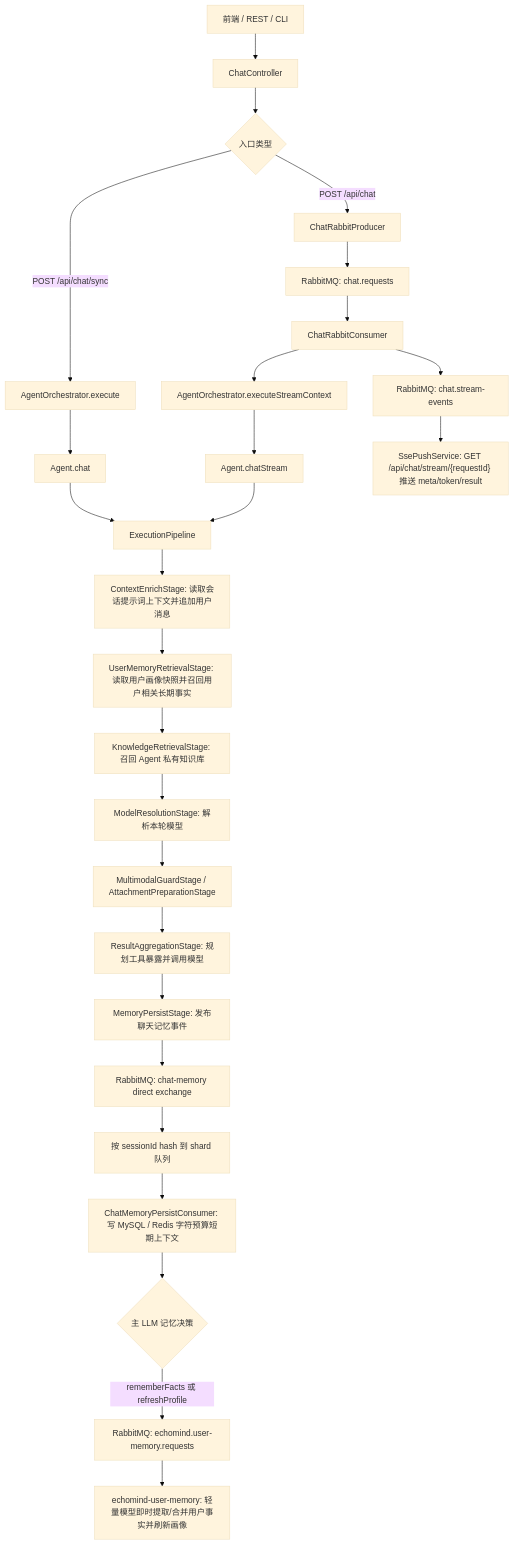
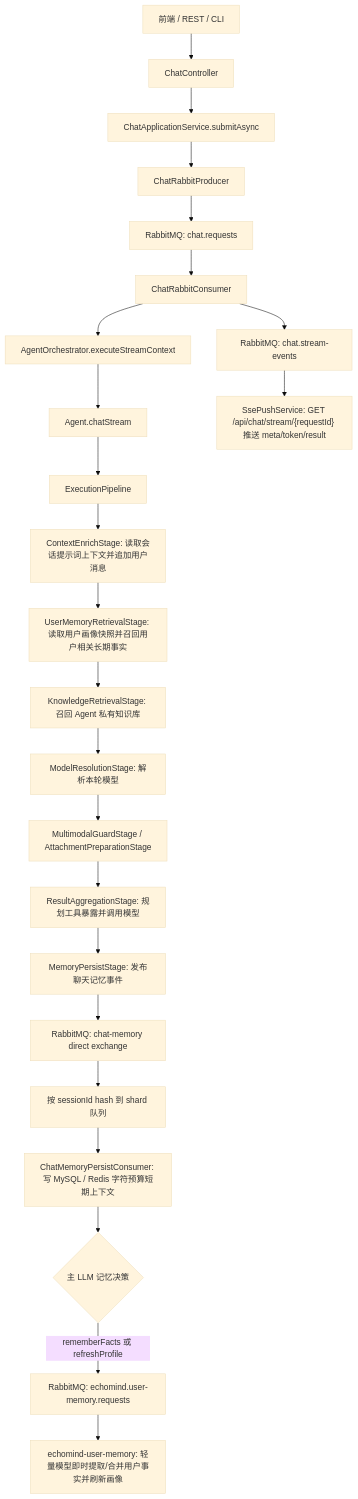
One commit to kaiyue-ai/EchoMind changed the third of 5 diagrams in README.md. Above: the diagram before and after it, drawn with Mermaid (base theme). The commit also changed other lines of this file and 19 other files, not shown here.

````diff
--- a/README.md
+++ b/README.md
@@ -167,29 +167,26 @@
 ```mermaid
 flowchart TD
     A["前端 / REST / CLI"] --> B["ChatController"]
-    B --> C{"入口类型"}
-    C -->|"POST /api/chat/sync"| D["AgentOrchestrator.execute"]
-    C -->|"POST /api/chat"| E["ChatRabbitProducer"]
-    E --> F["RabbitMQ: chat.requests"]
+    B --> E["ChatApplicationService.submitAsync"]
+    E --> F0["ChatRabbitProducer"]
+    F0 --> F["RabbitMQ: chat.requests"]
     F --> G["ChatRabbitConsumer"]
     G --> H["AgentOrchestrator.executeStreamContext"]
-    D --> I["Agent.chat"]
     H --> J["Agent.chatStream"]
-    I --> K["ExecutionPipeline"]
-    J --> K
+    J --> K["ExecutionPipeline"]
     K --> L["ContextEnrichStage: 读取会话提示词上下文并追加用户消息"]
     L --> U["UserMemoryRetrievalStage: 读取用户画像快照并召回用户相关长期事实"]
     U --> N["KnowledgeRetrievalStage: 召回 Agent 私有知识库"]
     N --> M["ModelResolutionStage: 解析本轮模型"]
     M --> MM["MultimodalGuardStage / AttachmentPreparationStage"]
     MM --> O["ResultAggregationStage: 规划工具暴露并调用模型"]
     O --> P["MemoryPersistStage: 发布聊天记忆事件"]
     P --> V["RabbitMQ: chat-memory direct exchange"]
     V --> W["按 sessionId hash 到 shard 队列"]
     W --> X["ChatMemoryPersistConsumer: 写 MySQL / Redis 字符预算短期上下文"]
     X --> R{"主 LLM 记忆决策"}
     R -->|"rememberFacts 或 refreshProfile"| S["RabbitMQ: echomind.user-memory.requests"]
     S --> Y["echomind-user-memory: 轻量模型即时提取/合并用户事实并刷新画像"]
     G --> T["RabbitMQ: chat.stream-events"]
     T --> Q["SsePushService: GET /api/chat/stream/{requestId} 推送 meta/token/result"]
 ```
````
